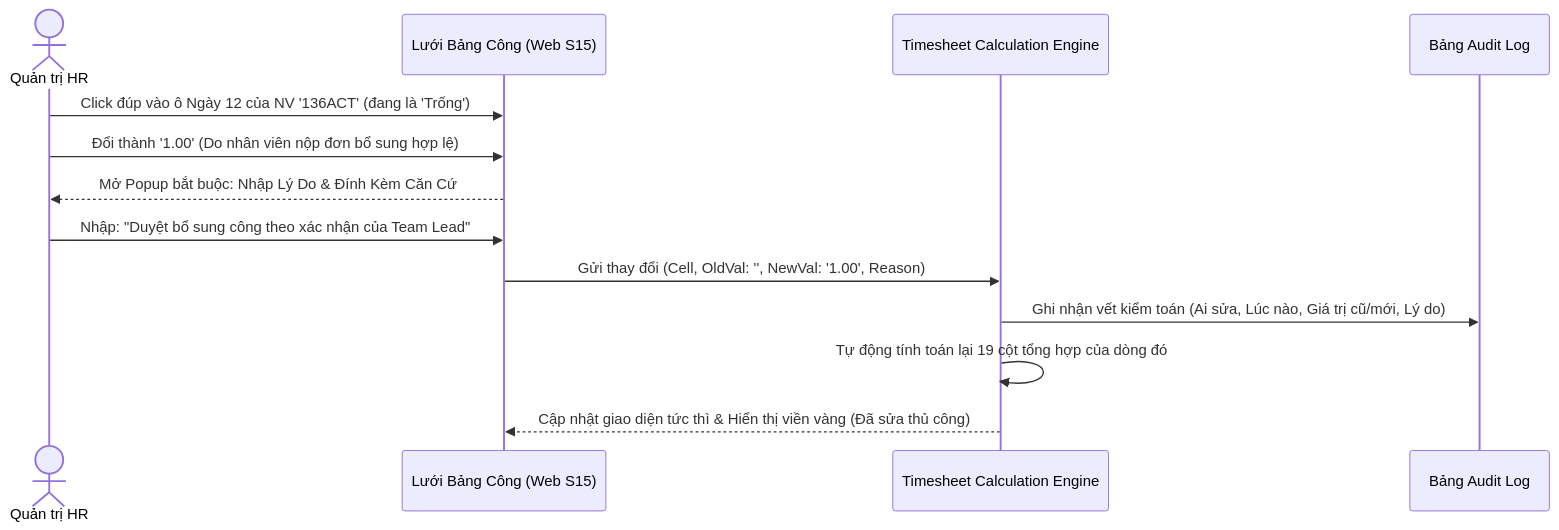
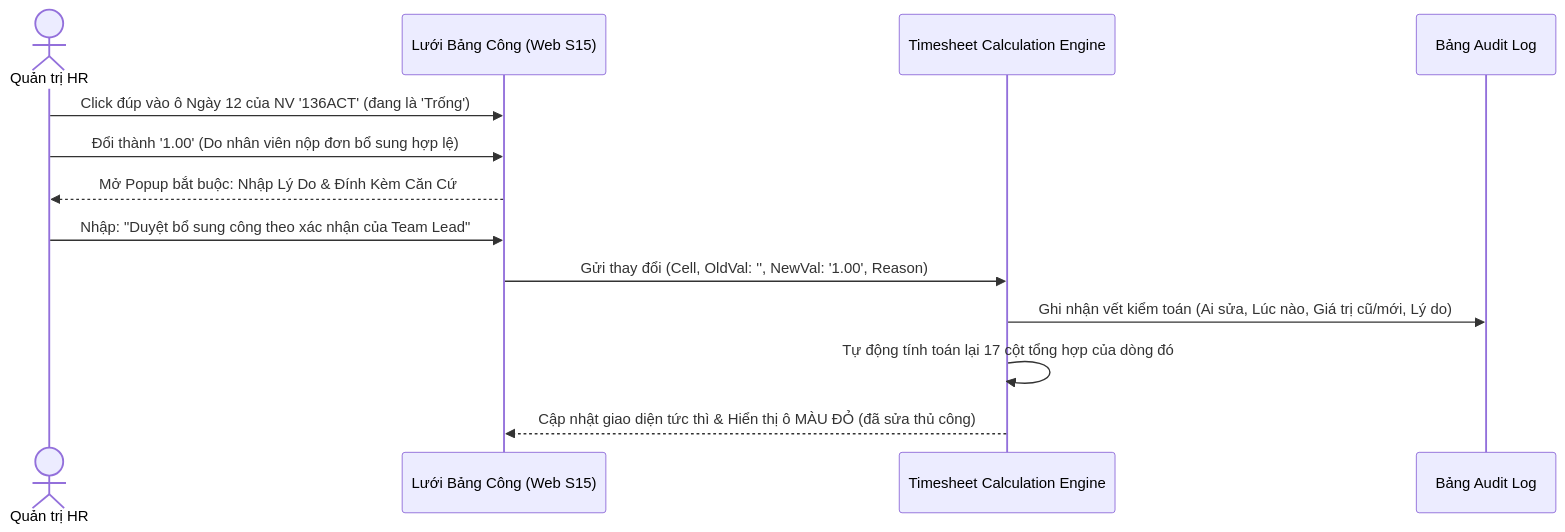
The diagram in docs/16-tech-timesheet-payroll-export.md (trannghia190/act-hkt-2026), drawn with Mermaid before and after one commit. The commit also changed other lines of this file and 67 other files, not shown here.

````diff
--- a/docs/16-tech-timesheet-payroll-export.md
+++ b/docs/16-tech-timesheet-payroll-export.md
@@ -63,16 +63,16 @@
 ```mermaid
 sequenceDiagram
     actor HR as Quản trị HR
     participant Grid as Lưới Bảng Công (Web S15)
     participant Engine as Timesheet Calculation Engine
     participant Log as Bảng Audit Log
 
     HR->>Grid: Click đúp vào ô Ngày 12 của NV '136ACT' (đang là 'Trống')
     HR->>Grid: Đổi thành '1.00' (Do nhân viên nộp đơn bổ sung hợp lệ)
     Grid-->>HR: Mở Popup bắt buộc: Nhập Lý Do & Đính Kèm Căn Cứ
     HR->>Grid: Nhập: "Duyệt bổ sung công theo xác nhận của Team Lead"
     Grid->>Engine: Gửi thay đổi (Cell, OldVal: '', NewVal: '1.00', Reason)
     Engine->>Log: Ghi nhận vết kiểm toán (Ai sửa, Lúc nào, Giá trị cũ/mới, Lý do)
-    Engine->>Engine: Tự động tính toán lại 19 cột tổng hợp của dòng đó
-    Engine-->>Grid: Cập nhật giao diện tức thì & Hiển thị viền vàng (Đã sửa thủ công)
+    Engine->>Engine: Tự động tính toán lại 17 cột tổng hợp của dòng đó
+    Engine-->>Grid: Cập nhật giao diện tức thì & Hiển thị ô MÀU ĐỎ (đã sửa thủ công)
 ```
````
